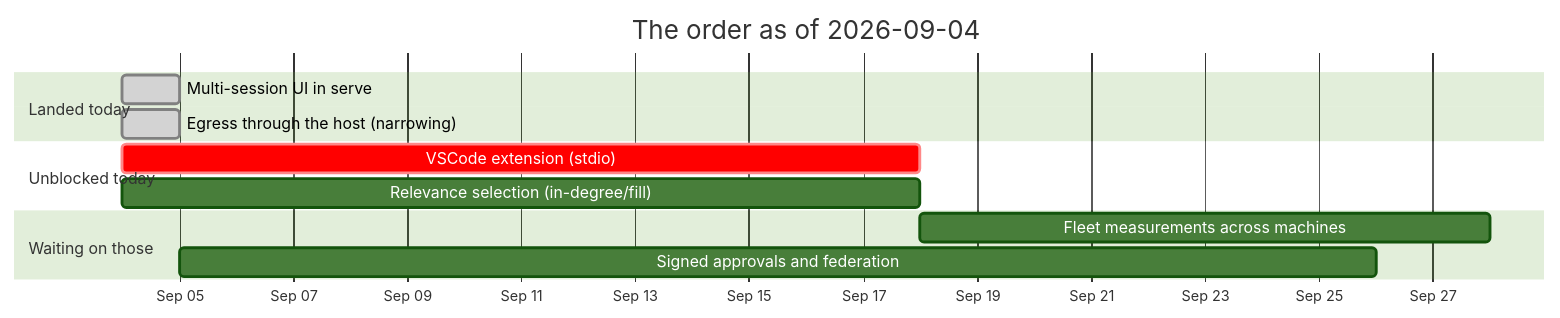
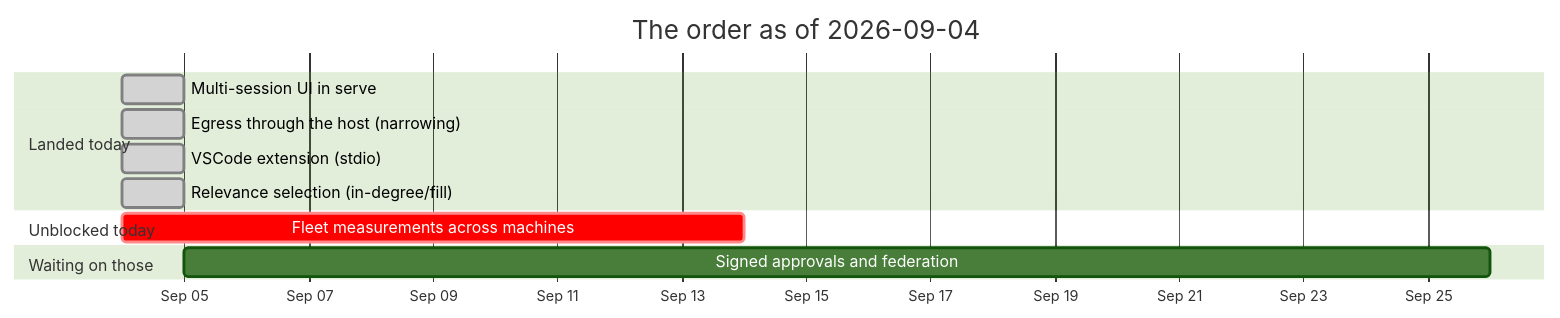
Before and after one commit to jgermade/luu: the diagram in ROADMAP/2026-09-04/README.md, drawn with Mermaid (forest theme). The commit also changed other lines of this file and 28 other files, not shown here.

````diff
--- a/ROADMAP/2026-09-04/README.md
+++ b/ROADMAP/2026-09-04/README.md
@@ -41,15 +41,15 @@
 ```mermaid
 gantt
     title The order as of 2026-09-04
     dateFormat YYYY-MM-DD
     axisFormat %b %d
     section Landed today
     Multi-session UI in serve              :done, multi, 2026-09-04, 1d
     Egress through the host (narrowing)    :done, egress, 2026-09-04, 1d
+    VSCode extension (stdio)               :done, vsc, 2026-09-04, 1d
+    Relevance selection (in-degree/fill)   :done, rel, 2026-09-04, 1d
     section Unblocked today
-    VSCode extension (stdio)               :crit, vsc, 2026-09-04, 14d
-    Relevance selection (in-degree/fill)   :rel, 2026-09-04, 14d
+    Fleet measurements across machines     :crit, bench, 2026-09-04, 10d
     section Waiting on those
-    Fleet measurements across machines     :bench, after vsc, 10d
     Signed approvals and federation        :fed, after multi, 21d
 ```
````
